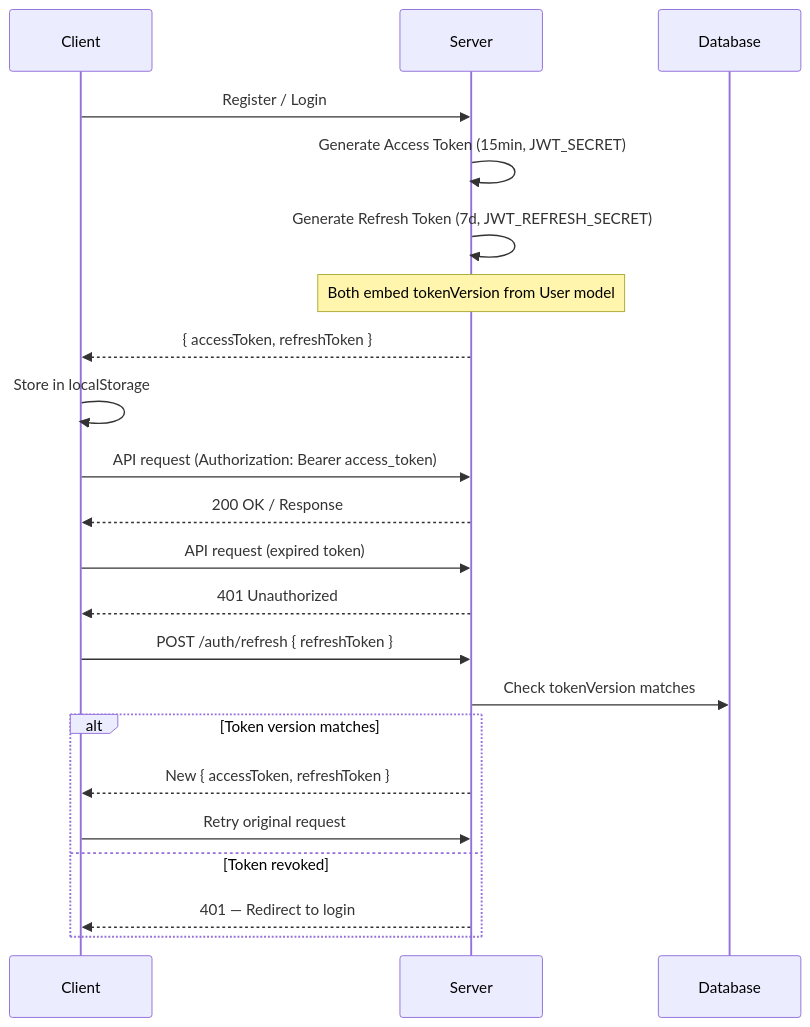
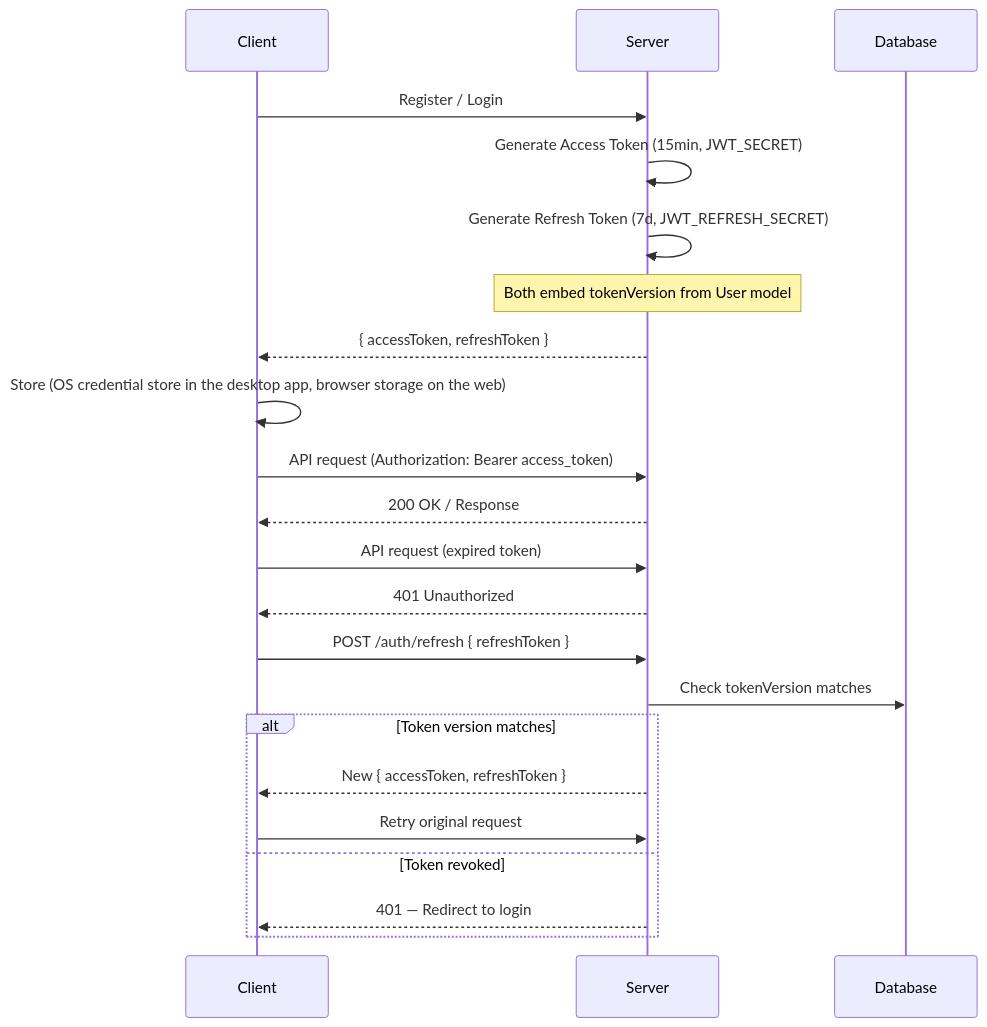
The ninth of 15 diagrams in Architecture.md (Aizen93/voxium), drawn with Mermaid before and after one commit. The commit also changed other lines of this file and 14 other files, not shown here.

````diff
--- a/Architecture.md
+++ b/Architecture.md
@@ -937,28 +939,28 @@
 ```mermaid
 sequenceDiagram
     participant Client
     participant Server
     participant DB as Database
 
     Client->>Server: Register / Login
     Server->>Server: Generate Access Token (15min, JWT_SECRET)
     Server->>Server: Generate Refresh Token (7d, JWT_REFRESH_SECRET)
     Note over Server: Both embed tokenVersion from User model
     Server-->>Client: { accessToken, refreshToken }
-    Client->>Client: Store in localStorage
+    Client->>Client: Store (OS credential store in the desktop app, browser storage on the web)
 
     Client->>Server: API request (Authorization: Bearer access_token)
     Server-->>Client: 200 OK / Response
 
     Client->>Server: API request (expired token)
     Server-->>Client: 401 Unauthorized
 
     Client->>Server: POST /auth/refresh { refreshToken }
     Server->>DB: Check tokenVersion matches
     alt Token version matches
         Server-->>Client: New { accessToken, refreshToken }
         Client->>Server: Retry original request
     else Token revoked
         Server-->>Client: 401 — Redirect to login
     end
 ```
````
